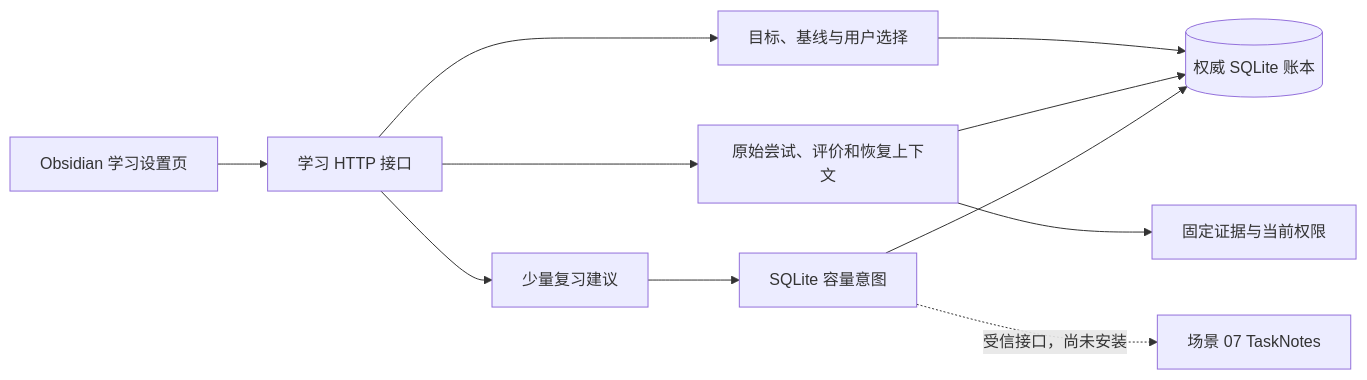
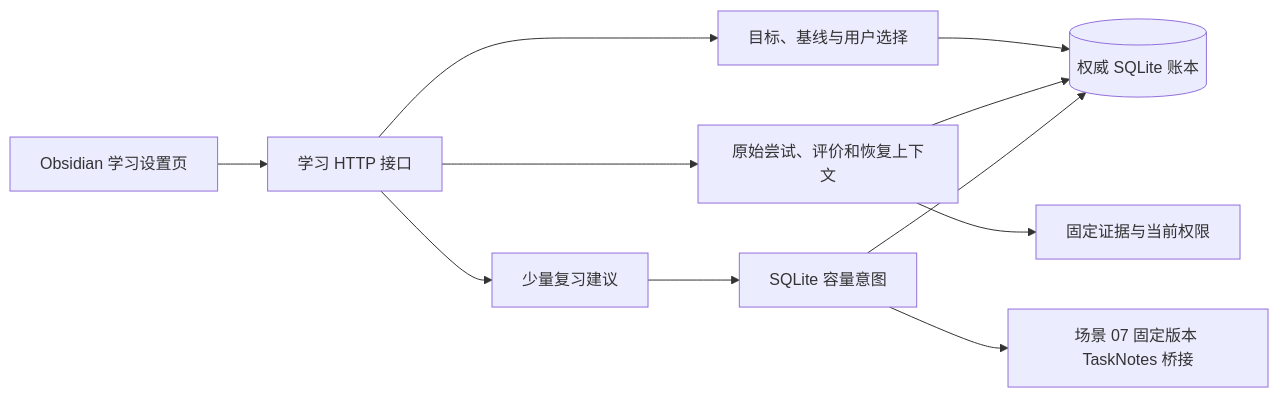
One commit to liuxing95/repository changed the second of 2 diagrams in docs/implementation/learning-practice-review.md. Above: the diagram before and after it, drawn with Mermaid. The commit also changed other lines of this file and 51 other files, not shown here.

Commit message:
feat: add TaskNotes reconciliation and Today learning resume

````diff
--- a/docs/implementation/learning-practice-review.md
+++ b/docs/implementation/learning-practice-review.md
@@ -81,13 +81,13 @@
 ```mermaid
 flowchart LR
   UI[Obsidian 学习设置页] --> API[学习 HTTP 接口]
   API --> G[目标、基线与用户选择]
   API --> A[原始尝试、评价和恢复上下文]
   A --> E[固定证据与当前权限]
   API --> R[少量复习建议]
   R --> C[SQLite 容量意图]
-  C -. 受信接口，尚未安装 .-> T[场景 07 TaskNotes]
+  C --> T[场景 07 固定版本 TaskNotes 桥接]
   G --> DB[(权威 SQLite 账本)]
   A --> DB
   C --> DB
 ```
````
